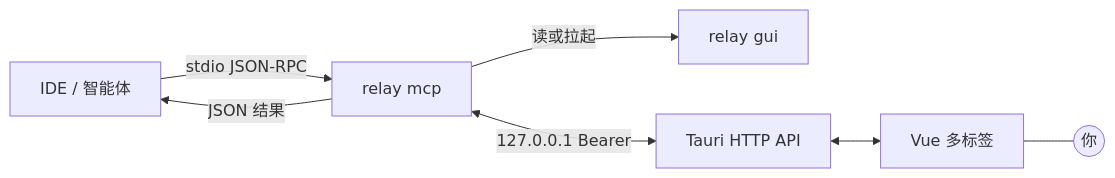
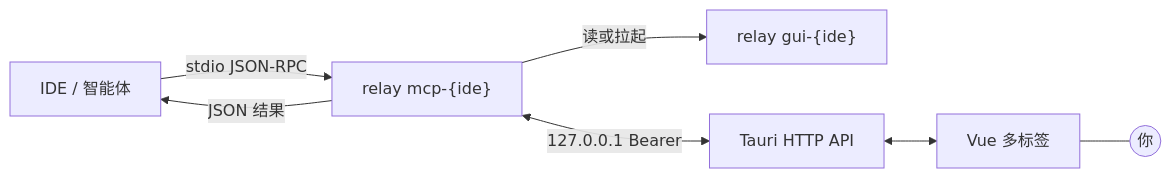
The diagram in README_zh.md (andeya/ide-relay-mcp), drawn with Mermaid before and after one commit. The commit also changed other lines of this file and 3 other files, not shown here.

````diff
--- a/README_zh.md
+++ b/README_zh.md
@@ -118,9 +122,9 @@
 ```mermaid
 flowchart LR
-  IDE[IDE / 智能体] -->|stdio JSON-RPC| MCP[relay mcp]
-  MCP -->|读或拉起| GUI[relay gui]
+  IDE[IDE / 智能体] -->|stdio JSON-RPC| MCP["relay mcp-{ide}"]
+  MCP -->|读或拉起| GUI["relay gui-{ide}"]
   MCP <-->|127.0.0.1 Bearer| HTTP[Tauri HTTP API]
   HTTP <--> UI[Vue 多标签]
   UI --- User((你))
   MCP -->|JSON 结果| IDE
 ```
````
